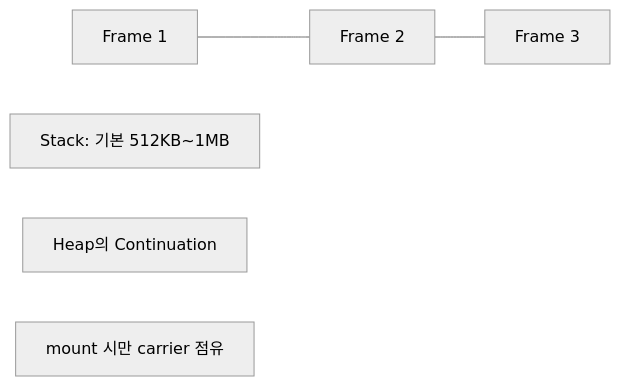
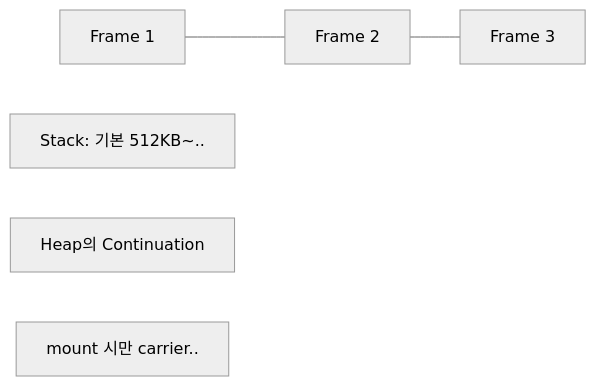
One commit to yjkim2015/yjkim2015.github.io changed the second of 7 diagrams in _posts/java/2026-05-01-java-virtual-thread.md. Above: the diagram before and after it, drawn with Mermaid (neutral theme). The commit also changed other lines of this file and 149 other files, not shown here.

First line of the commit message:
Mermaid 가독성 개선: 라벨 축약, 노드 축소, TD→LR 변환

````diff
--- a/_posts/java/2026-05-01-java-virtual-thread.md
+++ b/_posts/java/2026-05-01-java-virtual-thread.md
@@ -76,7 +76,7 @@
 ```mermaid
 graph LR
   F1[Frame 1] --- F2[Frame 2] --- F3[Frame 3]
-  NOTE1["Stack: 기본 512KB~1MB"]
+  NOTE1["Stack: 기본 512KB~.."]
   CONT["Heap의 Continuation"]
-  NOTE2["mount 시만 carrier 점유"]
+  NOTE2["mount 시만 carrier.."]
 ```
````
